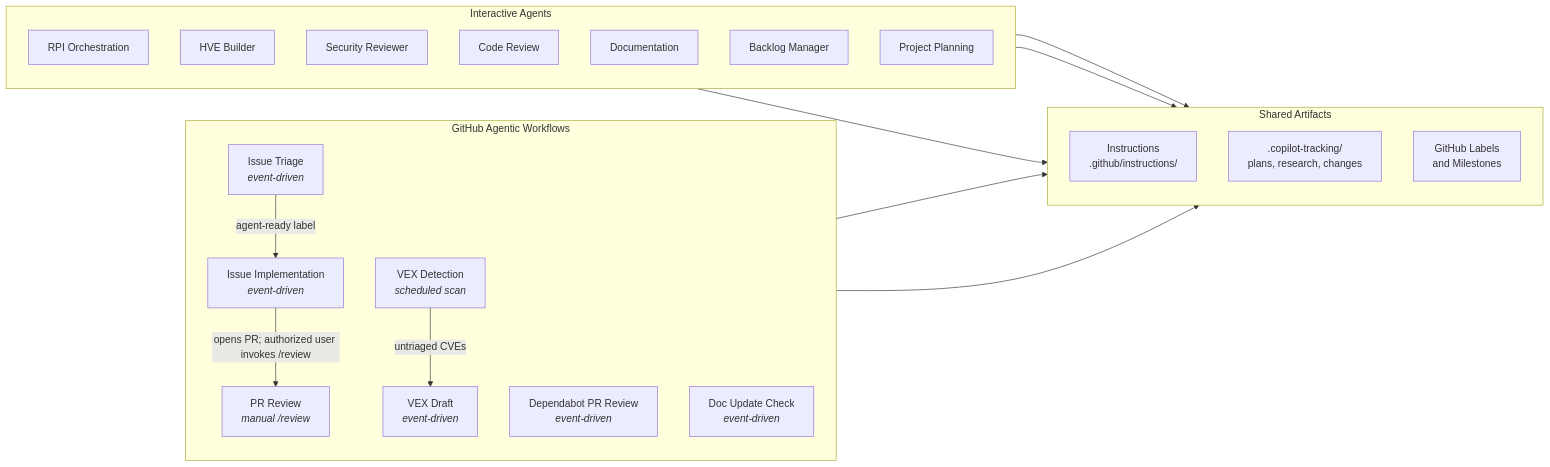
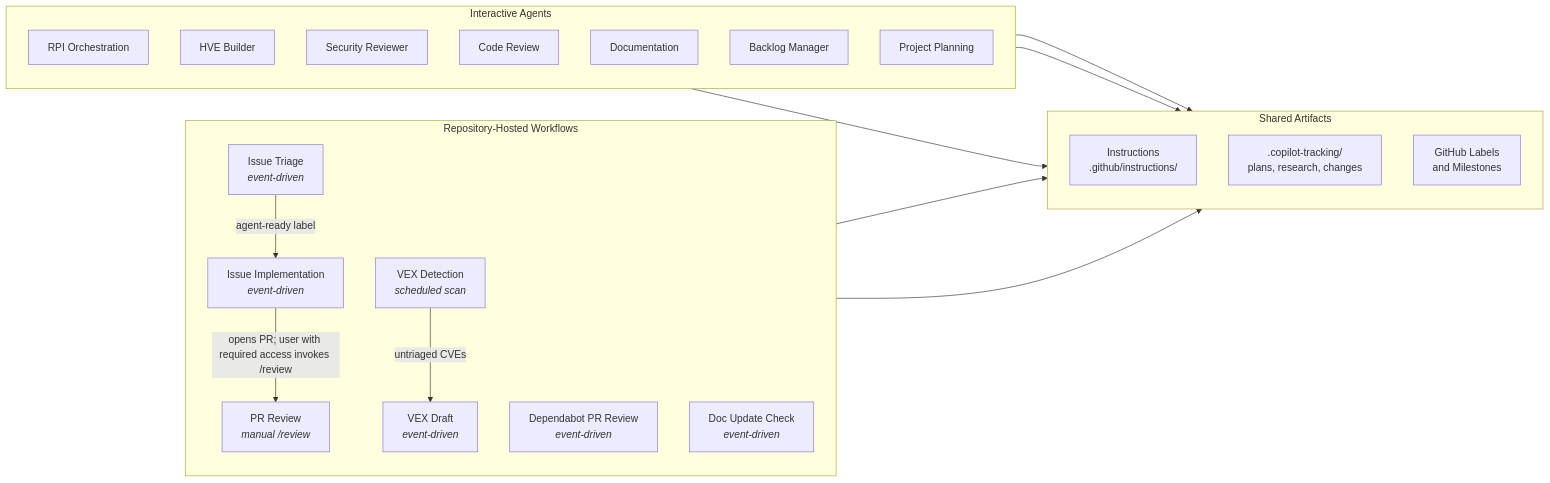
The third of 3 diagrams in docs/architecture/agentic-workflows.md (microsoft/hve-core), drawn with Mermaid before and after one commit. The commit also changed other lines of this file, not shown here.

First line of the commit message:
docs(architecture): resolve workflow documentation drift

````diff
--- a/docs/architecture/agentic-workflows.md
+++ b/docs/architecture/agentic-workflows.md
@@ -232,40 +239,40 @@
 ```mermaid
 flowchart LR
-    subgraph AUTOMATED["GitHub Agentic Workflows"]
+    subgraph HOSTED["Repository-Hosted Workflows"]
         direction TB
         TRIAGE["Issue Triage<br/><i>event-driven</i>"]
         IMPL["Issue Implementation<br/><i>event-driven</i>"]
         REVIEW["PR Review<br/><i>manual /review</i>"]
         DEPEND["Dependabot PR Review<br/><i>event-driven</i>"]
         DOCS["Doc Update Check<br/><i>event-driven</i>"]
         VEX_DETECT["VEX Detection<br/><i>scheduled scan</i>"]
         VEX_DRAFT["VEX Draft<br/><i>event-driven</i>"]
         TRIAGE -- "agent-ready label" --> IMPL
-        IMPL -- "opens PR; authorized user invokes /review" --> REVIEW
+        IMPL -- "opens PR; user with required access invokes /review" --> REVIEW
         VEX_DETECT -- "untriaged CVEs" --> VEX_DRAFT
     end
 
     subgraph INTERACTIVE["Interactive Agents"]
         direction TB
         RPI["RPI Orchestration"]
         HB["HVE Builder"]
         SR["Security Reviewer"]
         CR["Code Review"]
         DOC["Documentation"]
         BM["Backlog Manager"]
         PP["Project Planning"]
     end
 
     subgraph ARTIFACTS["Shared Artifacts"]
         direction TB
         INST["Instructions<br/>.github/instructions/"]
         TRACK[".copilot-tracking/<br/>plans, research, changes"]
         LABELS["GitHub Labels<br/>and Milestones"]
     end
 
-    AUTOMATED --> INST
+    HOSTED --> INST
     INTERACTIVE --> INST
     RPI --> TRACK
     BM --> LABELS
     TRIAGE --> LABELS
 ```
````
